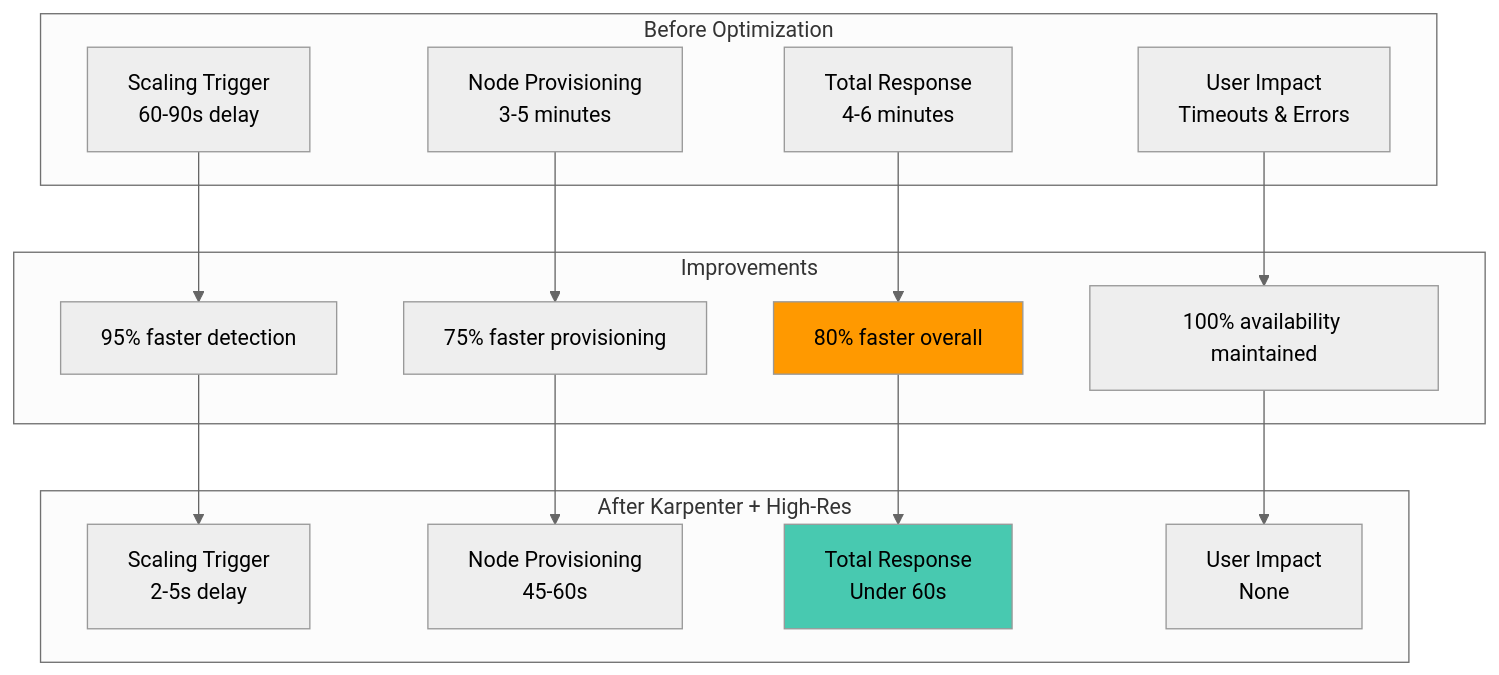
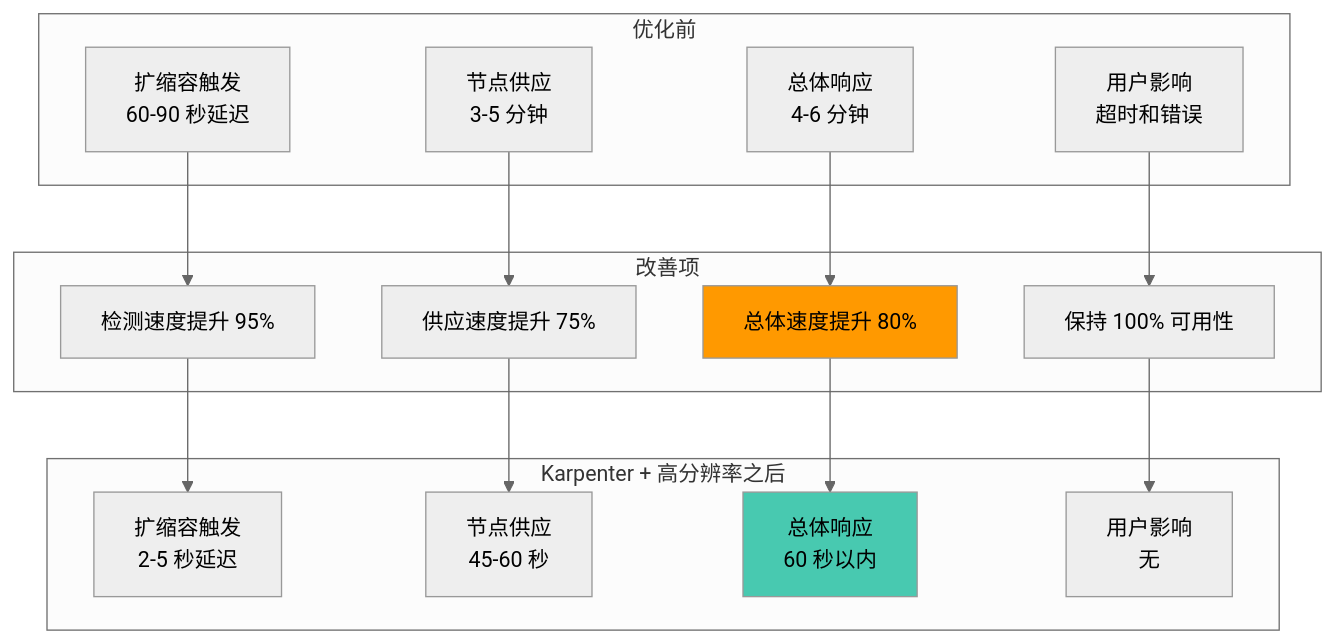
Diagram 13 of 18 in i18n/zh/docusaurus-plugin-content-docs/current/infrastructure-optimization/karpenter-autoscaling.md (devfloor9/engineering-playbook), drawn with Mermaid (neutral theme) before and after one commit. The commit also changed other lines of this file and 43 other files, not shown here.

````diff
--- a/i18n/zh/docusaurus-plugin-content-docs/current/infrastructure-optimization/karpenter-autoscaling.md
+++ b/i18n/zh/docusaurus-plugin-content-docs/current/infrastructure-optimization/karpenter-autoscaling.md
@@ -592,37 +842,37 @@
 ```mermaid
 graph TB
-    subgraph "Before Optimization"
-        B1[Scaling Trigger<br/>60-90s delay]
-        B2[Node Provisioning<br/>3-5 minutes]
-        B3[Total Response<br/>4-6 minutes]
-        B4[User Impact<br/>Timeouts & Errors]
+    subgraph "优化前"
+        B1[扩缩容触发<br/>60-90 秒延迟]
+        B2[节点供应<br/>3-5 分钟]
+        B3[总体响应<br/>4-6 分钟]
+        B4[用户影响<br/>超时和错误]
     end
 
-    subgraph "After Karpenter + High-Res"
-        A1[Scaling Trigger<br/>2-5s delay]
-        A2[Node Provisioning<br/>45-60s]
-        A3[Total Response<br/>Under 60s]
-        A4[User Impact<br/>None]
+    subgraph "Karpenter + 高分辨率之后"
+        A1[扩缩容触发<br/>2-5 秒延迟]
+        A2[节点供应<br/>45-60 秒]
+        A3[总体响应<br/>60 秒以内]
+        A4[用户影响<br/>无]
     end
 
-    subgraph "Improvements"
-        I1[95% faster detection]
-        I2[75% faster provisioning]
-        I3[80% faster overall]
-        I4[100% availability maintained]
+    subgraph "改善项"
+        I1[检测速度提升 95%]
+        I2[供应速度提升 75%]
+        I3[总体速度提升 80%]
+        I4[保持 100% 可用性]
     end
 
     B1 --> I1
     B2 --> I2
     B3 --> I3
     B4 --> I4
 
     I1 --> A1
     I2 --> A2
     I3 --> A3
     I4 --> A4
 
     style A3 fill:#48C9B0
     style I3 fill:#ff9900
 
 ```
````
